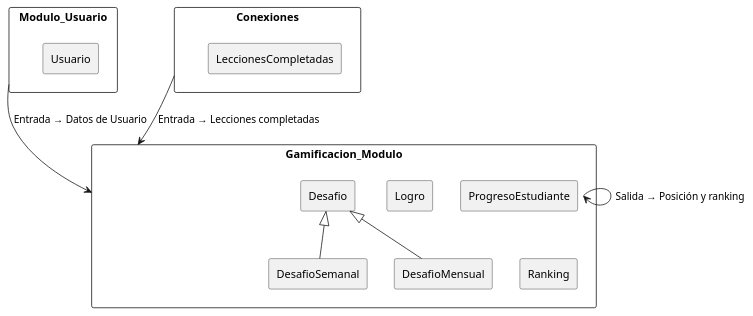
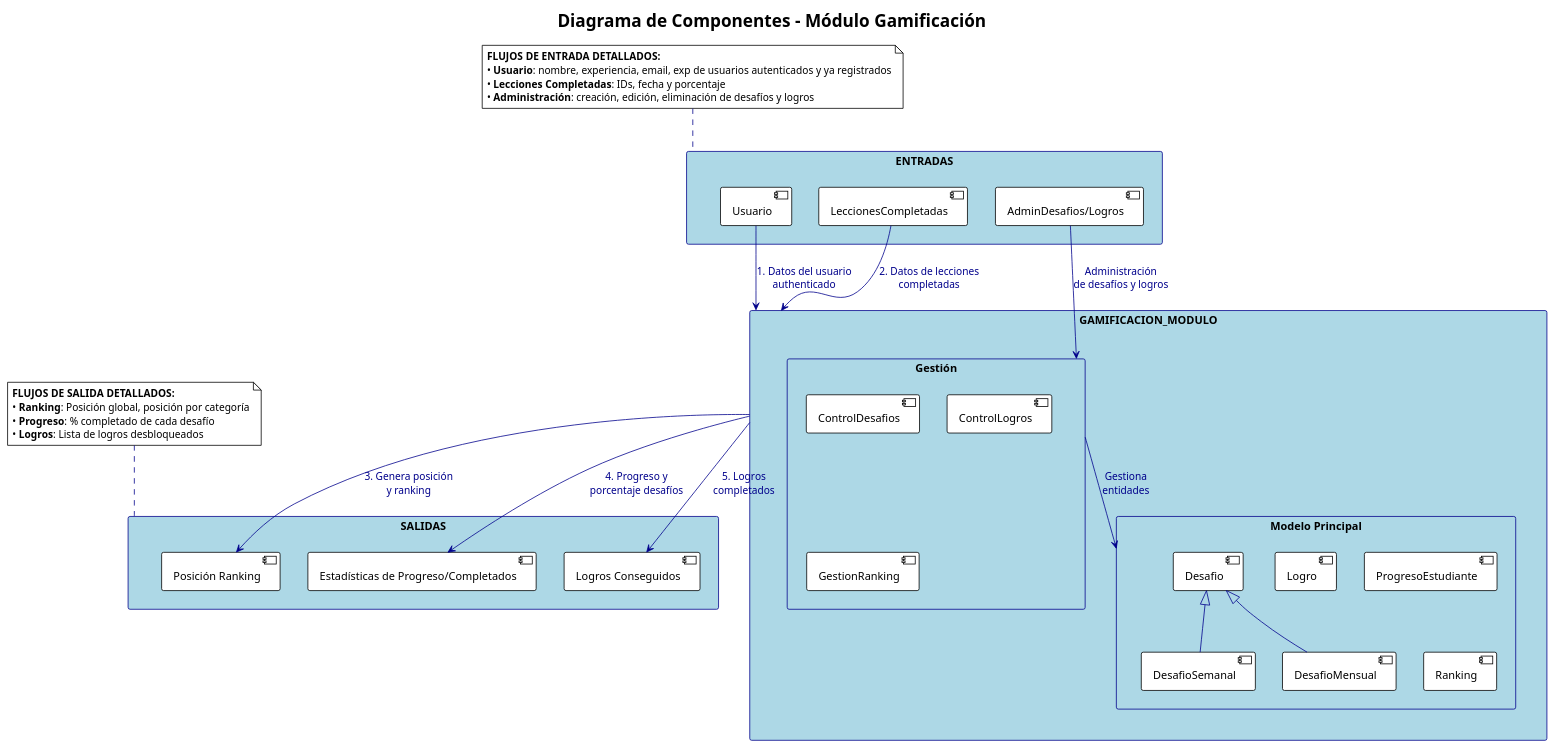
Before and after one commit to FernandoHuilca/HelloCode_Software: the diagram in src/main/java/Gamificacion_Modulo/Gamificación_Diagrama/Gamificacion_DiagramaComponentes.puml, drawn with PlantUML. The commit also changed 4 other files, not shown here.

Commit message:
Gamificacion_DiagramaComponentes y correcion al codigo

```diff
--- a/src/main/java/Gamificacion_Modulo/Gamificación_Diagrama/Gamificacion_DiagramaComponentes.puml
+++ b/src/main/java/Gamificacion_Modulo/Gamificación_Diagrama/Gamificacion_DiagramaComponentes.puml
@@ -1,31 +1,89 @@
-@startuml
-skinparam componentStyle rectangle
+@startuml Flujos_Entrada_Salida_Gamificacion
 
-' ==== Componentes ====
-component "Modulo_Usuario" as MU {
-    [Usuario]
+!theme plain
+title Diagrama de Componentes - Módulo Gamificación
+
+skinparam rectangle {
+    BackgroundColor LightBlue
+    BorderColor DarkBlue
 }
 
-component "Gamificacion_Modulo" as GM {
+skinparam arrow {
+    Color DarkBlue
+    FontColor DarkBlue
+}
+
+' === ENTRADAS AL MÓDULO ===
+rectangle "**ENTRADAS**" as Entradas {
+  [Usuario] as UserIn
+  [LeccionesCompletadas] as LessonsIn
+ [AdminDesafios/Logros] as AdminIn
+}
+
+' === NÚCLEO DEL MÓDULO GAMIFICACIÓN ===
+rectangle "**GAMIFICACION_MODULO**" as Core {
+
+  rectangle "Modelo Principal" as ModeloCore {
     [Logro]
     [Desafio]
     [DesafioSemanal]
     [DesafioMensual]
     [ProgresoEstudiante]
     [Ranking]
+  }
+
+  rectangle "Gestión" as Gestion {
+    [ControlDesafios]
+    [ControlLogros]
+    [GestionRanking]
+  }
+
 }
 
-component "Conexiones" as CN {
-    [LeccionesCompletadas]
+' === SALIDAS DEL MÓDULO ===
+rectangle "**SALIDAS**" as Salidas {
+  [Posición Ranking] as RankOut
+  [Estadísticas de Progreso/Completados] as ProgressOut
+  [Logros Conseguidos] as AchievementOut
 }
 
-' ==== Dependencias y flujo de datos ====
-MU --> GM : Entrada → Datos de Usuario
-CN --> GM : Entrada → Lecciones completadas
-GM --> GM : Salida → Posición y ranking
 
-' ==== Herencia interna en Gamificación ====
+' === FLUJOS DE ENTRADA ===
+UserIn --> Core : "1. Datos del usuario\nauthenticado"
+LessonsIn --> Core : "2. Datos de lecciones\ncompletadas"
+AdminIn --> Gestion : "Administración\nde desafíos y logros"
+
+' === FLUJOS INTERNOS ===
+Gestion --> ModeloCore : "Gestiona\nentidades"
+
+' === FLUJOS DE SALIDA ===
+Core --> RankOut : "3. Genera posición\ny ranking"
+Core --> ProgressOut : "4. Progreso y\nporcentaje desafíos"
+Core --> AchievementOut : "5. Logros\ncompletados"
+
+' === INTERACCIÓN CON GUI ===
+
+' === NOTAS DETALLADAS ===
+note as N1
+**FLUJOS DE ENTRADA DETALLADOS:**
+• **Usuario**: nombre, experiencia, email, exp de usuarios autenticados y ya registrados
+• **Lecciones Completadas**: IDs, fecha y porcentaje
+• **Administración**: creación, edición, eliminación de desafíos y logros
+end note
+
+note as N2
+**FLUJOS DE SALIDA DETALLADOS:**
+• **Ranking**: Posición global, posición por categoría
+• **Progreso**: % completado de cada desafío
+• **Logros**: Lista de logros desbloqueados
+end note
+
+
+N1 .. Entradas
+N2 .. Salidas
+
+' === HERENCIA EN MODELO PRINCIPAL ===
 [Desafio] <|-- [DesafioSemanal]
 [Desafio] <|-- [DesafioMensual]
 
 @enduml
```
